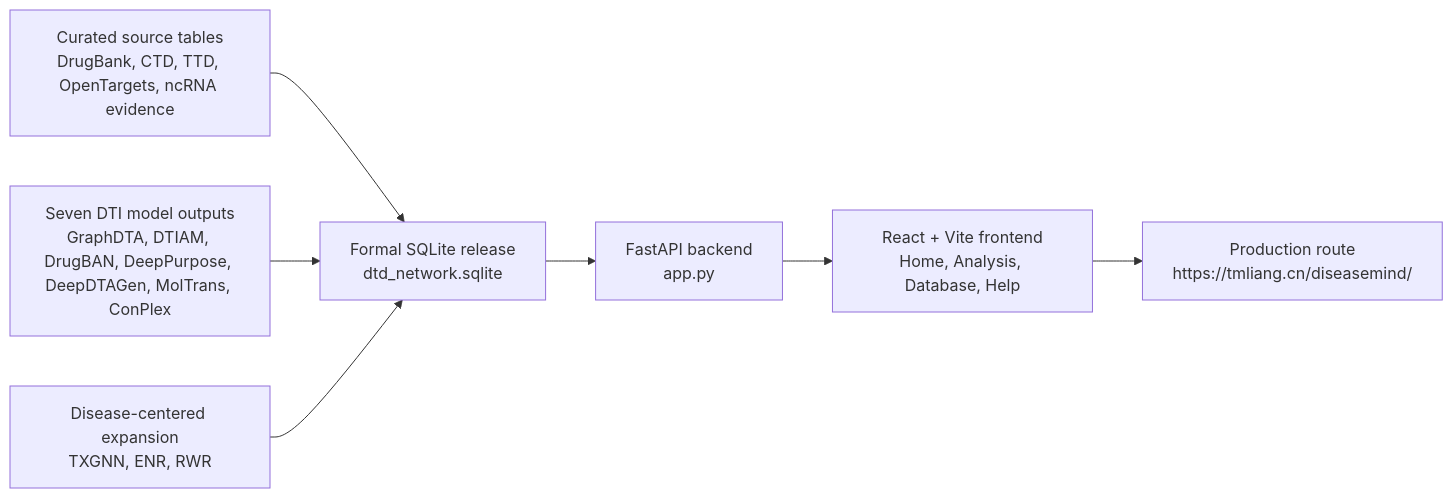
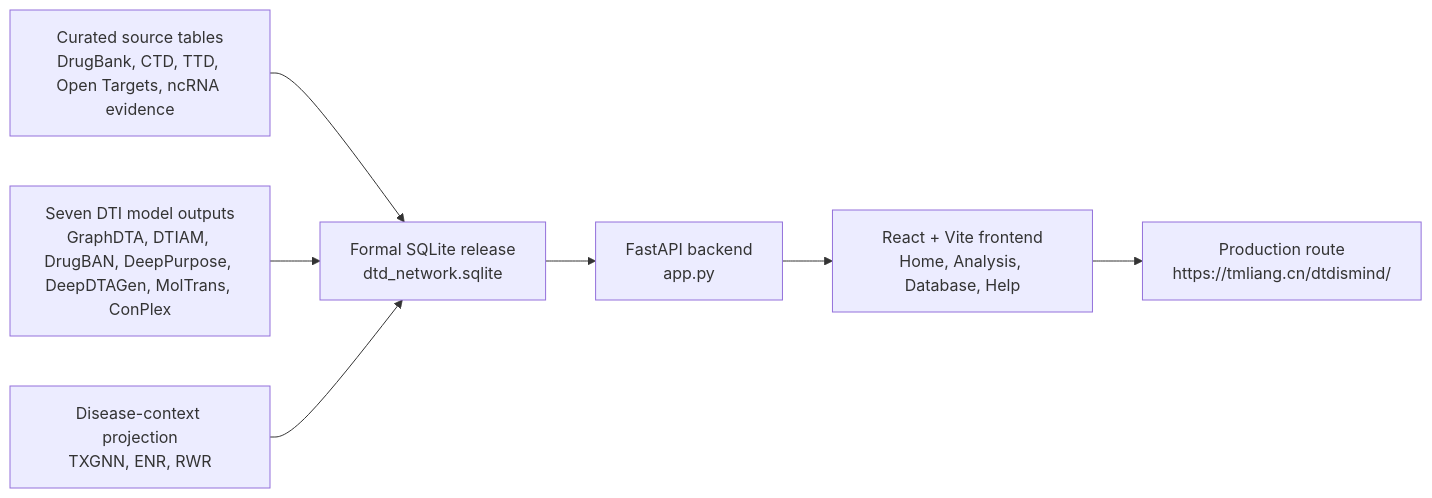
The diagram in README.md (JHHE427/dtd_platform), drawn with Mermaid before and after one commit. The commit also changed other lines of this file and 23 other files, not shown here.

````diff
--- a/README.md
+++ b/README.md
@@ -100,9 +114,9 @@
 ```mermaid
 flowchart LR
-    A["Curated source tables<br/>DrugBank, CTD, TTD, OpenTargets, ncRNA evidence"] --> B["Formal SQLite release<br/>dtd_network.sqlite"]
+    A["Curated source tables<br/>DrugBank, CTD, TTD, Open Targets, ncRNA evidence"] --> B["Formal SQLite release<br/>dtd_network.sqlite"]
     C["Seven DTI model outputs<br/>GraphDTA, DTIAM, DrugBAN, DeepPurpose, DeepDTAGen, MolTrans, ConPlex"] --> B
-    D["Disease-centered expansion<br/>TXGNN, ENR, RWR"] --> B
+    D["Disease-context projection<br/>TXGNN, ENR, RWR"] --> B
     B --> E["FastAPI backend<br/>app.py"]
     E --> F["React + Vite frontend<br/>Home, Analysis, Database, Help"]
-    F --> G["Production route<br/>https://tmliang.cn/diseasemind/"]
+    F --> G["Production route<br/>https://tmliang.cn/dtdismind/"]
 ```
````
